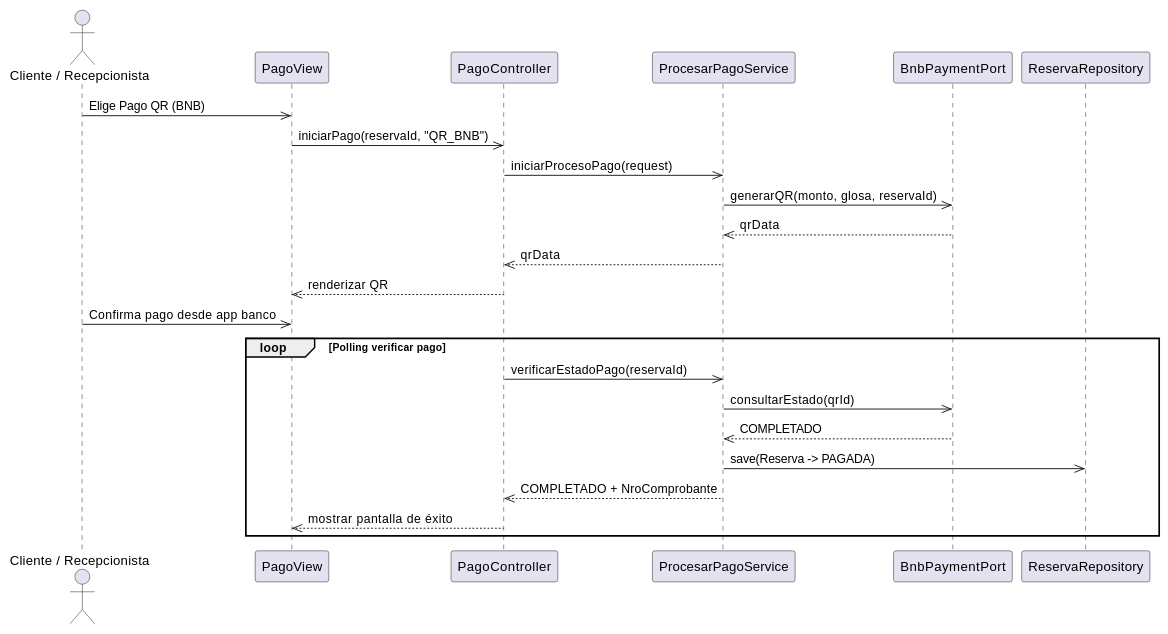
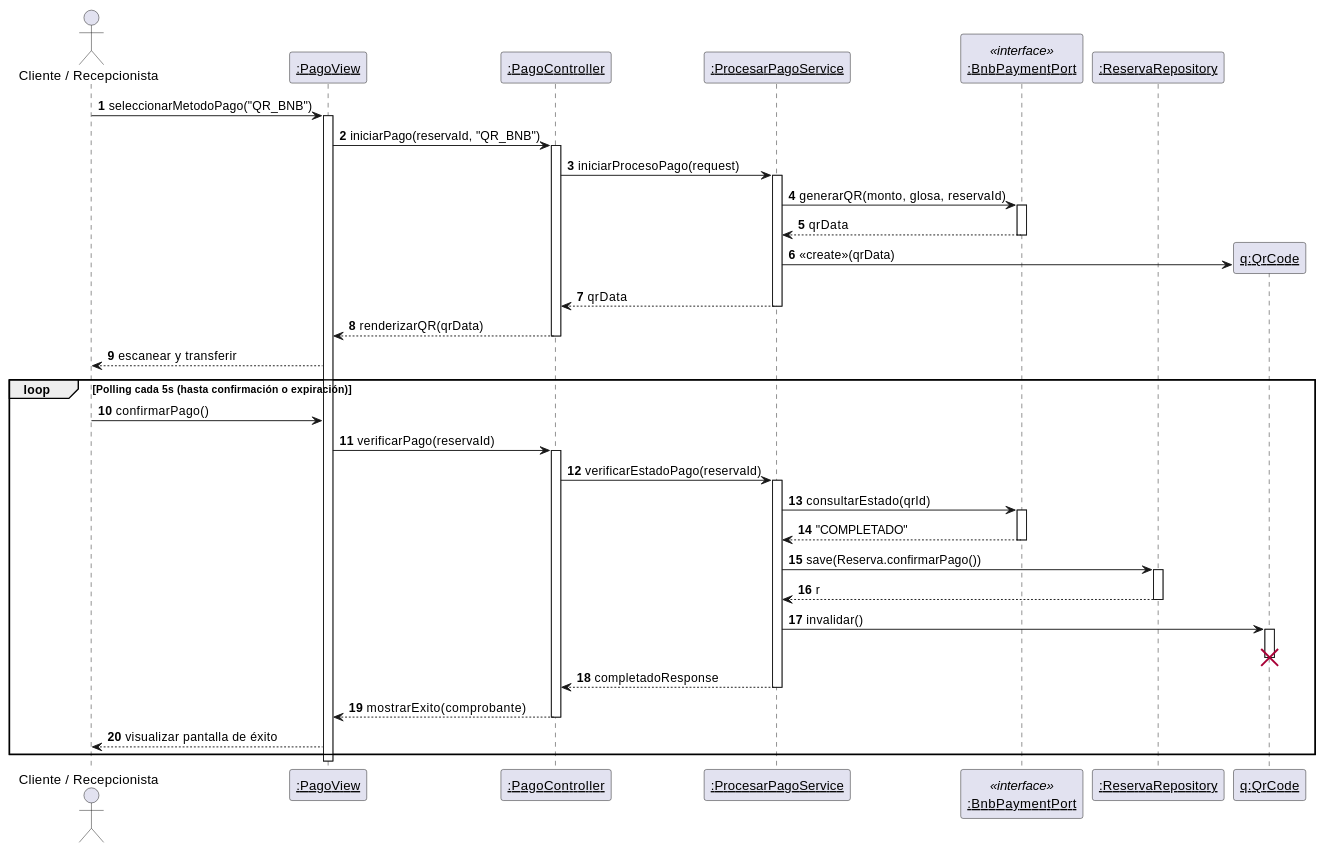
Diagram 13 of 36 in RefactorV4.md (Tsmrain/GestionSistemas), drawn with PlantUML before and after one commit. The commit also changed other lines of this file and 1 other file, not shown here.

Commit message:
refactor: enhance UML diagrams with GRASP stereotypes, layer annotations, and updated sequence interactions.

````diff
--- a/RefactorV4.md
+++ b/RefactorV4.md
@@ -668,27 +752,55 @@
 ```plantuml
 @startuml
+autonumber
 actor Actor as "Cliente / Recepcionista"
-participant "PagoView" as View
-participant "PagoController" as Ctrl
-participant "ProcesarPagoService" as Serv
-participant "BnbPaymentPort" as BNB
-participant "ReservaRepository" as Repo
+participant "<u>:PagoView</u>" as View
+participant "<u>:PagoController</u>" as Ctrl
+participant "<u>:ProcesarPagoService</u>" as Serv
+participant "<u>:BnbPaymentPort</u>" as BNB <<interface>>
+participant "<u>:ReservaRepository</u>" as Repo
 
-Actor ->> View: Elige Pago QR (BNB)
-View ->> Ctrl: iniciarPago(reservaId, "QR_BNB")
-Ctrl ->> Serv: iniciarProcesoPago(request)
-Serv ->> BNB: generarQR(monto, glosa, reservaId)
-BNB -->> Serv: qrData
-Serv -->> Ctrl: qrData
-Ctrl -->> View: renderizar QR
-Actor ->> View: Confirma pago desde app banco
-loop Polling verificar pago
-  Ctrl ->> Serv: verificarEstadoPago(reservaId)
-  Serv ->> BNB: consultarEstado(qrId)
-  BNB -->> Serv: COMPLETADO
-  Serv ->> Repo: save(Reserva -> PAGADA)
-  Serv -->> Ctrl: COMPLETADO + NroComprobante
-  Ctrl -->> View: mostrar pantalla de éxito
+Actor -> View : seleccionarMetodoPago("QR_BNB")
+activate View
+View -> Ctrl : iniciarPago(reservaId, "QR_BNB")
+activate Ctrl
+Ctrl -> Serv : iniciarProcesoPago(request)
+activate Serv
+Serv -> BNB : generarQR(monto, glosa, reservaId)
+activate BNB
+BNB --> Serv : qrData
+deactivate BNB
+create participant "<u>q:QrCode</u>" as QR
+Serv -> QR : <<create>>(qrData)
+Serv --> Ctrl : qrData
+deactivate Serv
+Ctrl --> View : renderizarQR(qrData)
+deactivate Ctrl
+View --> Actor : escanear y transferir
+
+loop Polling cada 5s (hasta confirmación o expiración)
+  Actor -> View : confirmarPago()
+  View -> Ctrl : verificarPago(reservaId)
+  activate Ctrl
+  Ctrl -> Serv : verificarEstadoPago(reservaId)
+  activate Serv
+  Serv -> BNB : consultarEstado(qrId)
+  activate BNB
+  BNB --> Serv : "COMPLETADO"
+  deactivate BNB
+  Serv -> Repo : save(Reserva.confirmarPago())
+  activate Repo
+  Repo --> Serv : r
+  deactivate Repo
+  Serv -> QR : invalidar()
+  activate QR
+  deactivate QR
+  destroy QR
+  Serv --> Ctrl : completadoResponse
+  deactivate Serv
+  Ctrl --> View : mostrarExito(comprobante)
+  deactivate Ctrl
+  View --> Actor : visualizar pantalla de éxito
 end
+deactivate View
 @enduml
 ```
````
